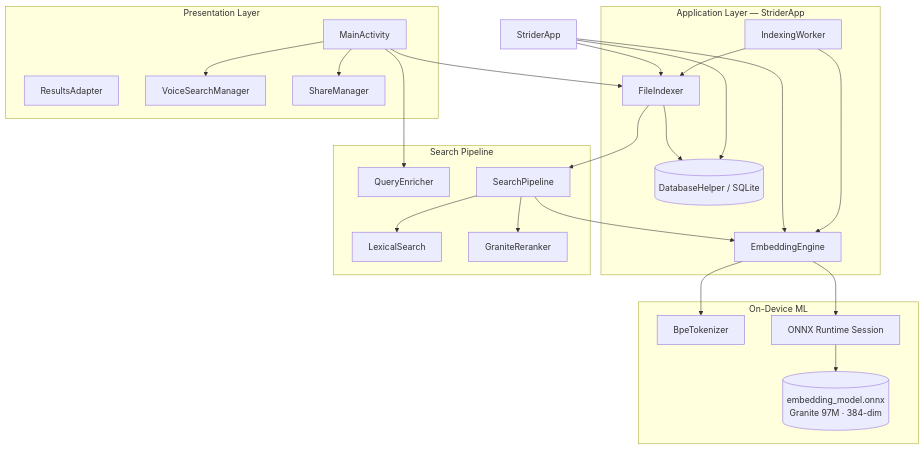
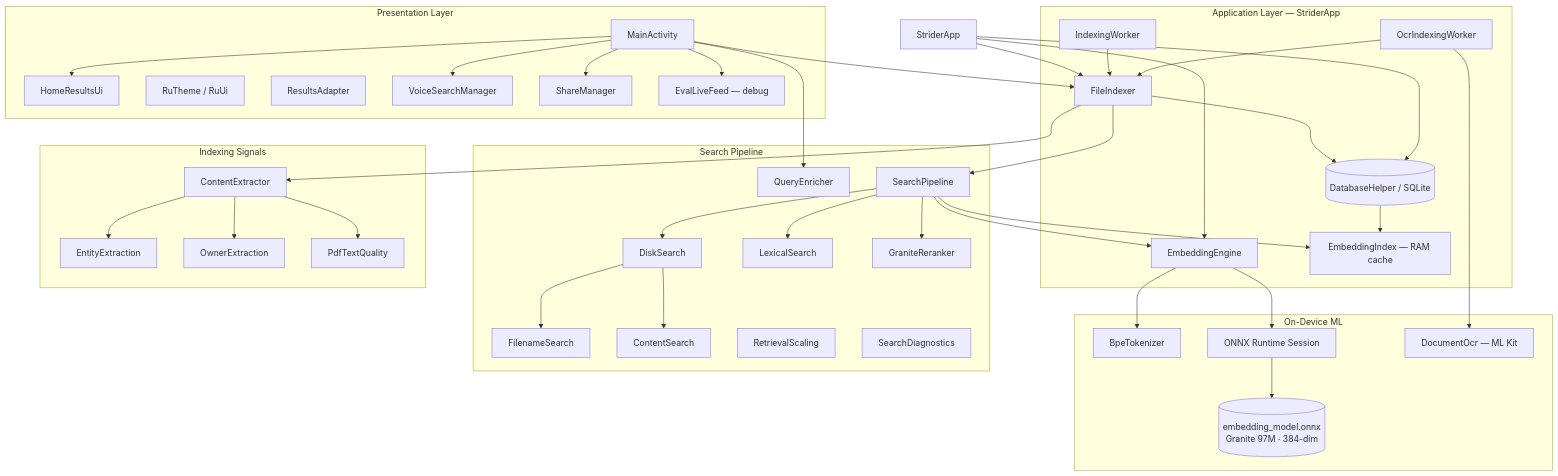
One commit to MudithDShetty/RU-by-Strider changed the first of 4 diagrams in README.md. Above: the diagram before and after it, drawn with Mermaid. The commit also changed other lines of this file and 56 other files, not shown here.

````diff
--- a/README.md
+++ b/README.md
@@ -94,47 +235,77 @@
 ```mermaid
 flowchart TB
     subgraph UI["Presentation Layer"]
         MA[MainActivity]
+        HRU[HomeResultsUi]
+        RT[RuTheme / RuUi]
         VA[ResultsAdapter]
         VS[VoiceSearchManager]
         SM[ShareManager]
+        EL[EvalLiveFeed — debug]
     end
 
     subgraph App["Application Layer — StriderApp"]
         EE[EmbeddingEngine]
         FI[FileIndexer]
         DB[(DatabaseHelper / SQLite)]
+        EI[EmbeddingIndex — RAM cache]
         IW[IndexingWorker]
+        OW[OcrIndexingWorker]
     end
 
     subgraph ML["On-Device ML"]
         BPE[BpeTokenizer]
         ONNX[ONNX Runtime Session]
         MODEL[(embedding_model.onnx<br/>Granite 97M · 384-dim)]
+        OCR[DocumentOcr — ML Kit]
     end
 
     subgraph Search["Search Pipeline"]
         QE[QueryEnricher]
+        DS[DiskSearch]
+        FS[FilenameSearch]
+        CS[ContentSearch]
         LS[LexicalSearch]
         SP[SearchPipeline]
         GR[GraniteReranker]
+        RS[RetrievalScaling]
+        SD[SearchDiagnostics]
+    end
+
+    subgraph Extract["Indexing Signals"]
+        CE[ContentExtractor]
+        EE2[EntityExtraction]
+        OE[OwnerExtraction]
+        PTQ[PdfTextQuality]
     end
 
     MA --> QE
+    MA --> HRU
     MA --> FI
     MA --> VS
     MA --> SM
+    MA --> EL
     FI --> SP
+    SP --> DS
+    DS --> FS
+    DS --> CS
     SP --> LS
     SP --> GR
     SP --> EE
+    SP --> EI
     FI --> DB
+    FI --> CE
+    CE --> EE2
+    CE --> OE
+    CE --> PTQ
+    OW --> OCR
     EE --> BPE
     EE --> ONNX
     ONNX --> MODEL
+    DB --> EI
     StriderApp --> EE
     StriderApp --> FI
     StriderApp --> DB
     IW --> FI
-    IW --> EE
+    OW --> FI
 ```
````
